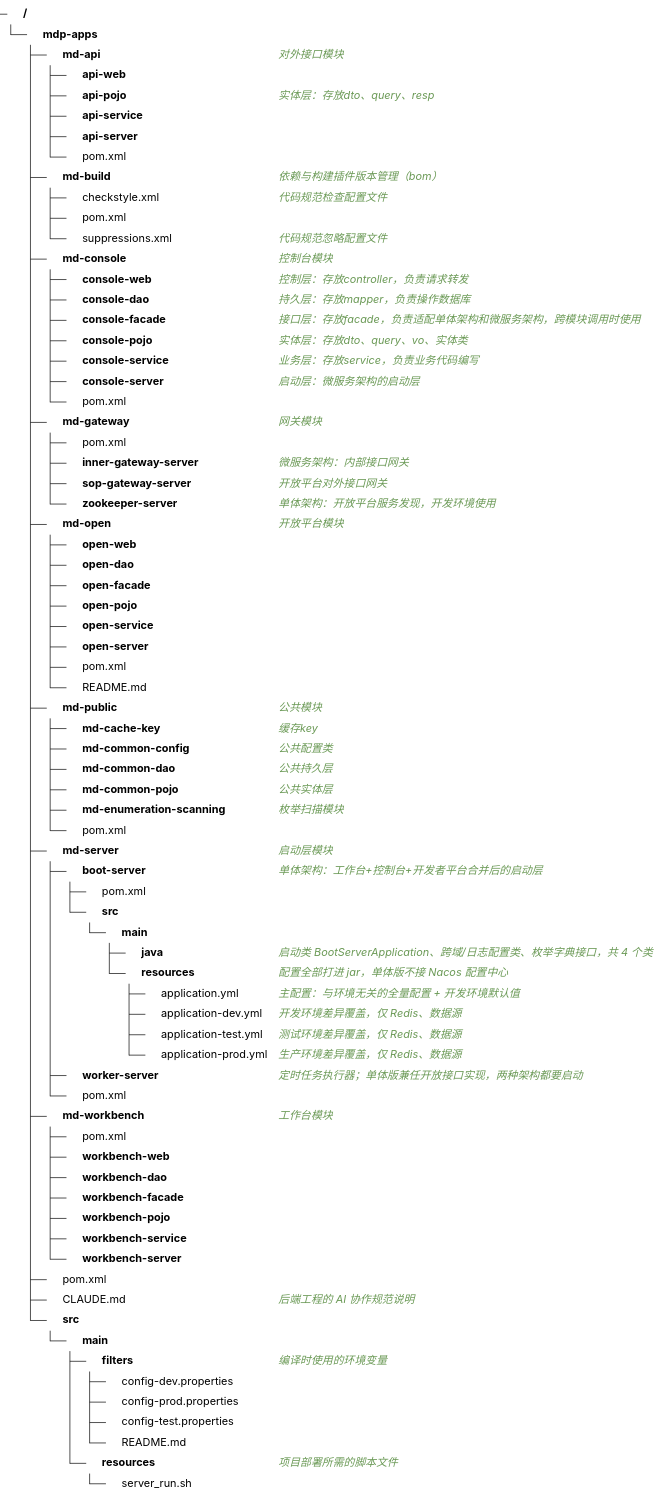
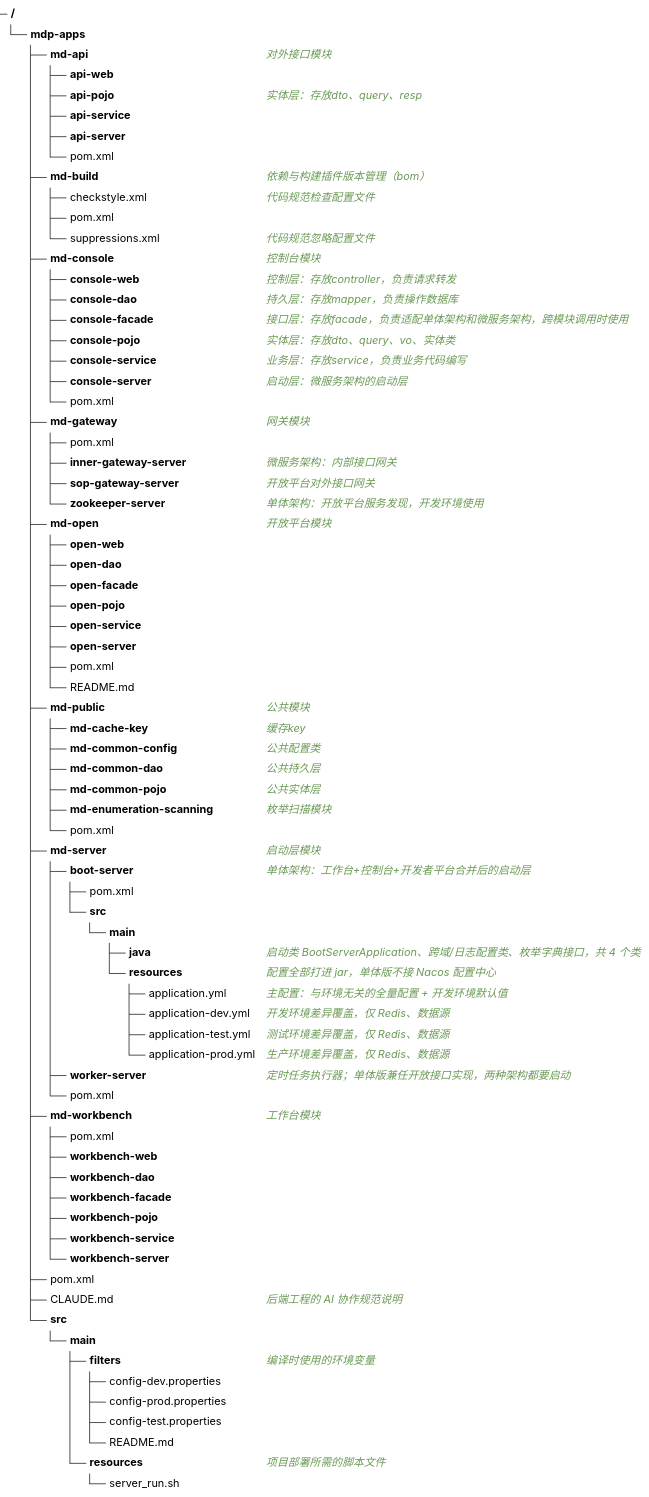
The diagram in src/doc/简介.md (henhen6/mdp-docs), drawn with Mermaid before and after one commit. The commit also changed 3 other files, not shown here.

First line of the commit message:
feat(config): 优化主题中markdown-chart插件的解析与文件图标注册

```diff
--- a/src/doc/简介.md
+++ b/src/doc/简介.md
@@ -114,7 +114,6 @@
 title: 后端主工程
 config:
   treeView:
-    showIcons: true
     useMaxWidth: false
     rowIndent: 24
 ---
```
